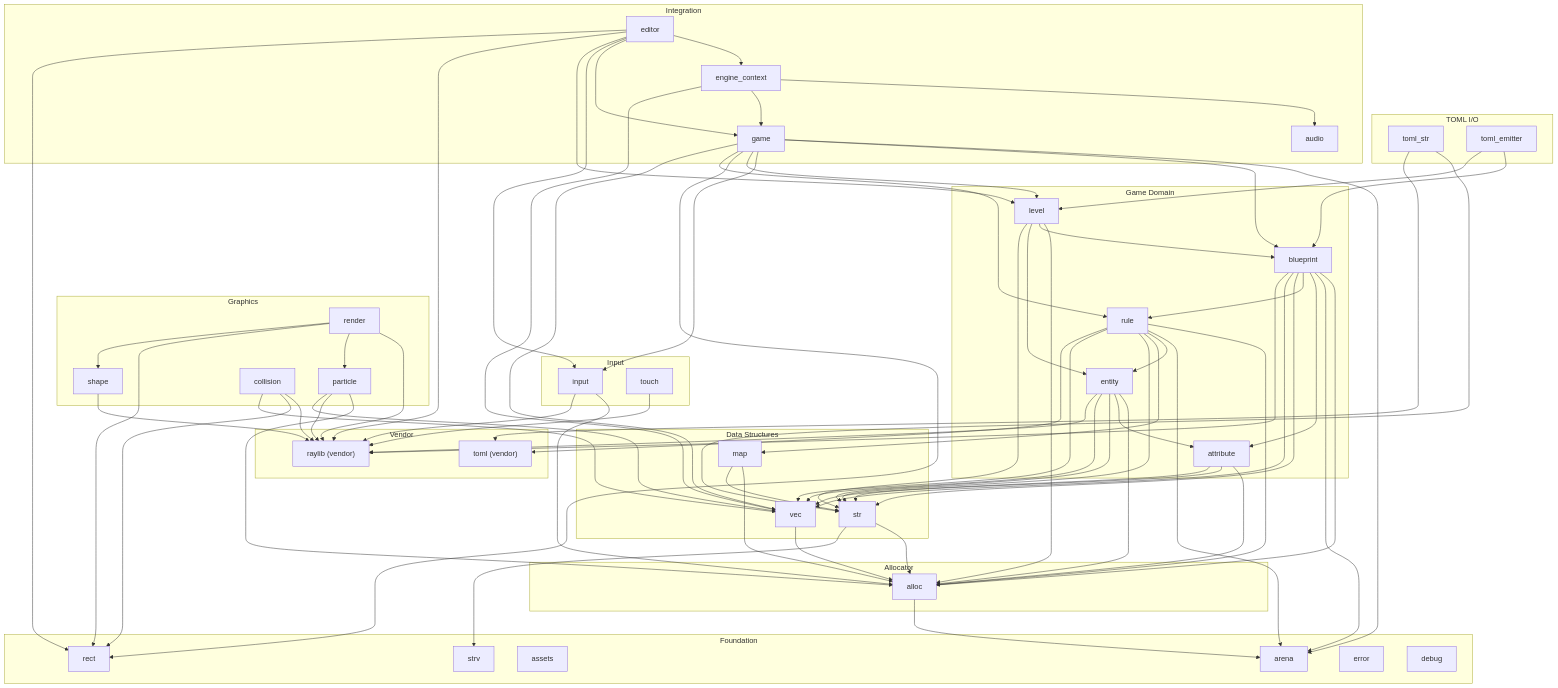
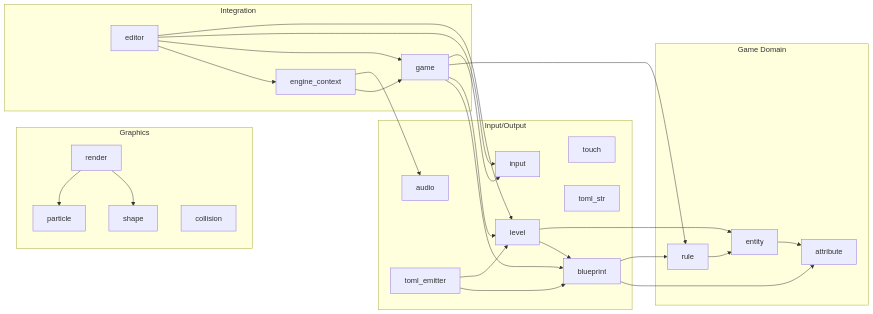
Before and after one commit to Tubbles/sleipner: the diagram in DESIGN.md, drawn with Mermaid. The commit also changed other lines of this file, not shown here.

Commit message:
Simplify module dependency diagram
Switch to LR layout, remove ubiquitous foundation/vendor edges
(alloc, vec, str, map, raylib, toml — noted as omitted), show only
domain-level and structural dependencies.

````diff
--- a/DESIGN.md
+++ b/DESIGN.md
@@ -756,104 +760,39 @@
 ```mermaid
-graph TD
-    subgraph Foundation
-        rect
-        strv
-        assets
-        arena
-        error
-        debug
+graph LR
+    subgraph Graphics
+        render --> particle
+        render --> shape
+        collision
     end
 
-    subgraph Allocator
-        alloc --> arena
-    end
-
-    subgraph Data Structures
-        vec --> alloc
-        str --> alloc
-        str --> strv
-        map --> alloc
-        map --> str
-    end
-
-    subgraph Vendor
-        raylib["raylib (vendor)"]
-        toml["toml (vendor)"]
-    end
-
-    subgraph Graphics
-        shape --> raylib
-        particle --> alloc
-        particle --> raylib
-        particle --> vec
-        render --> raylib
-        render --> particle
-        render --> rect
-        render --> shape
-        collision --> raylib
-        collision --> rect
-        collision --> vec
-    end
-
-    subgraph Input
-        input --> alloc
-        input --> raylib
-        touch --> raylib
-    end
-
-    subgraph Game Domain
-        attribute --> alloc
-        attribute --> str
-        attribute --> vec
-        entity --> alloc
-        entity --> attribute
-        entity --> str
-        entity --> vec
-        entity --> raylib
-        rule --> alloc
-        rule --> arena
-        rule --> entity
-        rule --> map
-        rule --> str
-        rule --> vec
-        rule --> toml
-        blueprint --> alloc
-        blueprint --> arena
-        blueprint --> attribute
-        blueprint --> rule
-        blueprint --> str
-        blueprint --> vec
-        blueprint --> raylib
-        level --> alloc
-        level --> blueprint
-        level --> entity
-        level --> str
-    end
-
-    subgraph TOML I/O
-        toml_str --> str
-        toml_str --> toml
+    subgraph Input/Output
+        input
+        touch
+        audio
+        toml_str
         toml_emitter --> blueprint
         toml_emitter --> level
     end
 
+    subgraph Game Domain
+        entity --> attribute
+        rule --> entity
+        blueprint --> attribute
+        blueprint --> rule
+        level --> blueprint
+        level --> entity
+    end
+
     subgraph Integration
-        game --> arena
         game --> blueprint
+        game --> level
+        game --> rule
         game --> input
-        game --> level
-        game --> rect
-        game --> rule
-        game --> vec
-        audio
+        engine_context --> game
         engine_context --> audio
-        engine_context --> game
-        engine_context --> vec
         editor --> engine_context
         editor --> game
         editor --> input
         editor --> level
-        editor --> raylib
-        editor --> rect
     end
 ```
````
